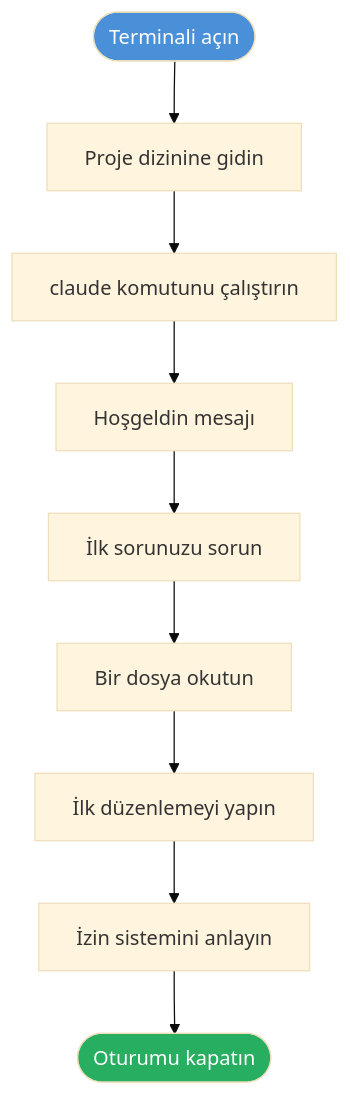
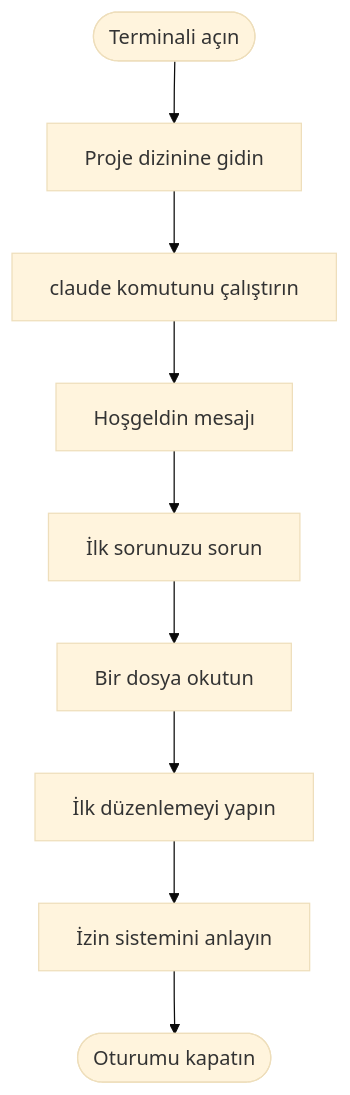
One commit to IzzetYasinAtes/ClaudeCodeHandbook changed the first of 4 diagrams in 06-claude-code-tanitim/05-ilk-oturum.md. Above: the diagram before and after it, drawn with Mermaid (base theme). The commit also changed 97 other files, not shown here.

Commit message:
Remove all custom Mermaid style/fill colors from 98 markdown files for consistent dark theme rendering

````diff
--- a/06-claude-code-tanitim/05-ilk-oturum.md
+++ b/06-claude-code-tanitim/05-ilk-oturum.md
@@ -16,14 +16,12 @@
 ```mermaid
 flowchart TD
     A(["Terminali açın"]) --> B["Proje dizinine gidin"]
     B --> C["claude komutunu çalıştırın"]
     C --> D["Hoşgeldin mesajı"]
     D --> E["İlk sorunuzu sorun"]
     E --> F["Bir dosya okutun"]
     F --> G["İlk düzenlemeyi yapın"]
     G --> H["İzin sistemini anlayın"]
     H --> I(["Oturumu kapatın"])
 
-    style A fill:#4A90D9,color:#fff
-    style I fill:#27AE60,color:#fff
 ```
````
